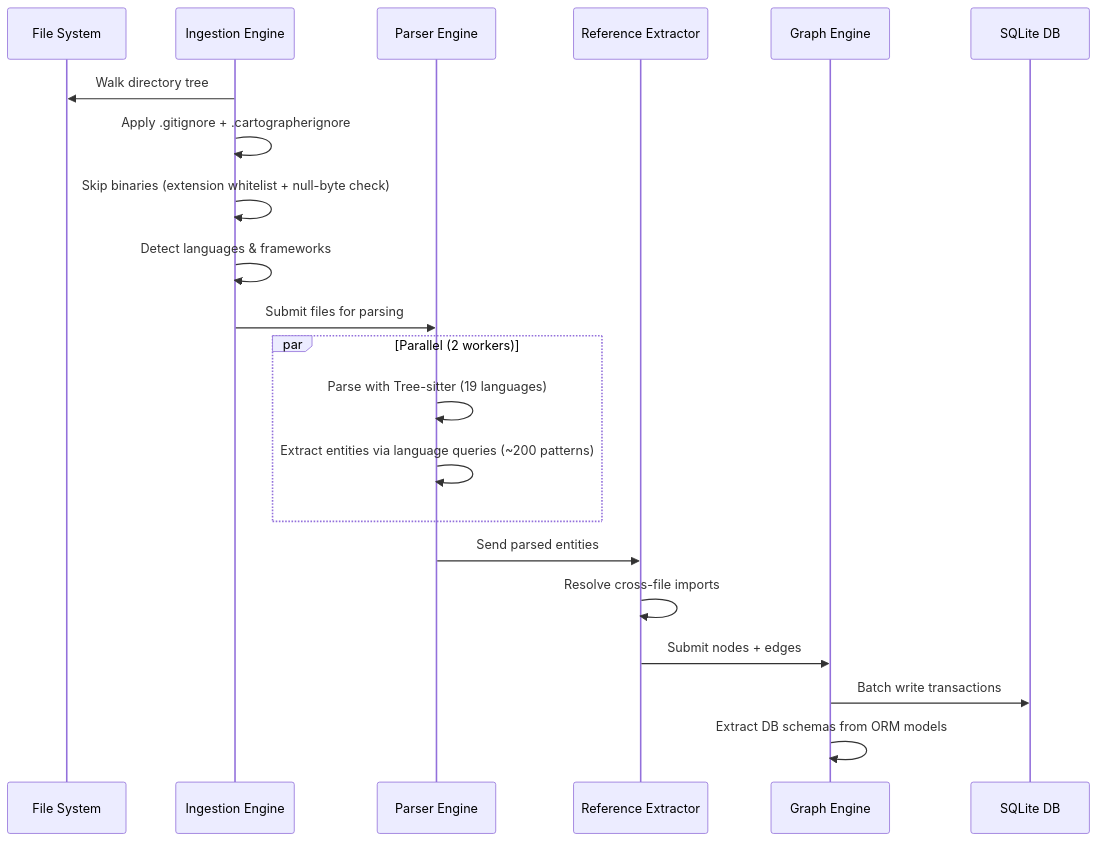
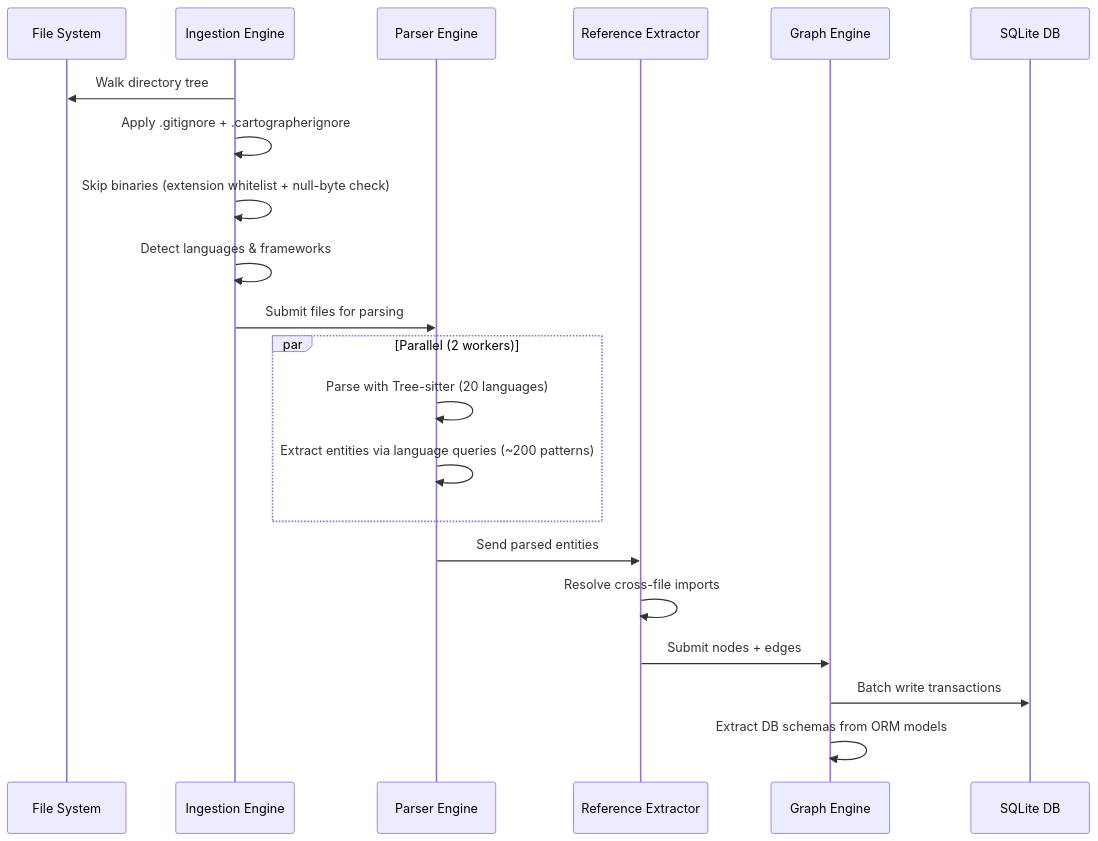
Before and after one commit to Icarus-afk/Cartographer: the third of 6 diagrams in docs/whitepaper.md, drawn with Mermaid. The commit also changed other lines of this file and 12 other files, not shown here.

````diff
--- a/docs/whitepaper.md
+++ b/docs/whitepaper.md
@@ -134,24 +134,24 @@
 ```mermaid
 sequenceDiagram
     participant FS as File System
     participant IE as Ingestion Engine
     participant PE as Parser Engine
     participant RE as Reference Extractor
     participant GE as Graph Engine
     participant DB as SQLite DB
 
     IE->>FS: Walk directory tree
     IE->>IE: Apply .gitignore + .cartographerignore
     IE->>IE: Skip binaries (extension whitelist + null-byte check)
     IE->>IE: Detect languages & frameworks
     IE->>PE: Submit files for parsing
     par Parallel (2 workers)
-        PE->>PE: Parse with Tree-sitter (19 languages)
+        PE->>PE: Parse with Tree-sitter (20 languages)
         PE->>PE: Extract entities via language queries (~200 patterns)
     end
     PE->>RE: Send parsed entities
     RE->>RE: Resolve cross-file imports
     RE->>GE: Submit nodes + edges
     GE->>DB: Batch write transactions
     GE->>GE: Extract DB schemas from ORM models
 ```
````
